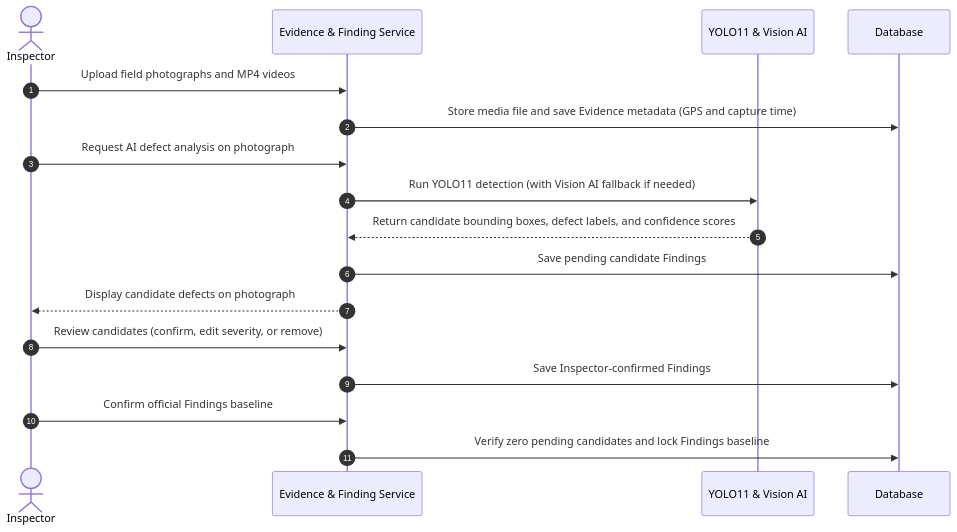
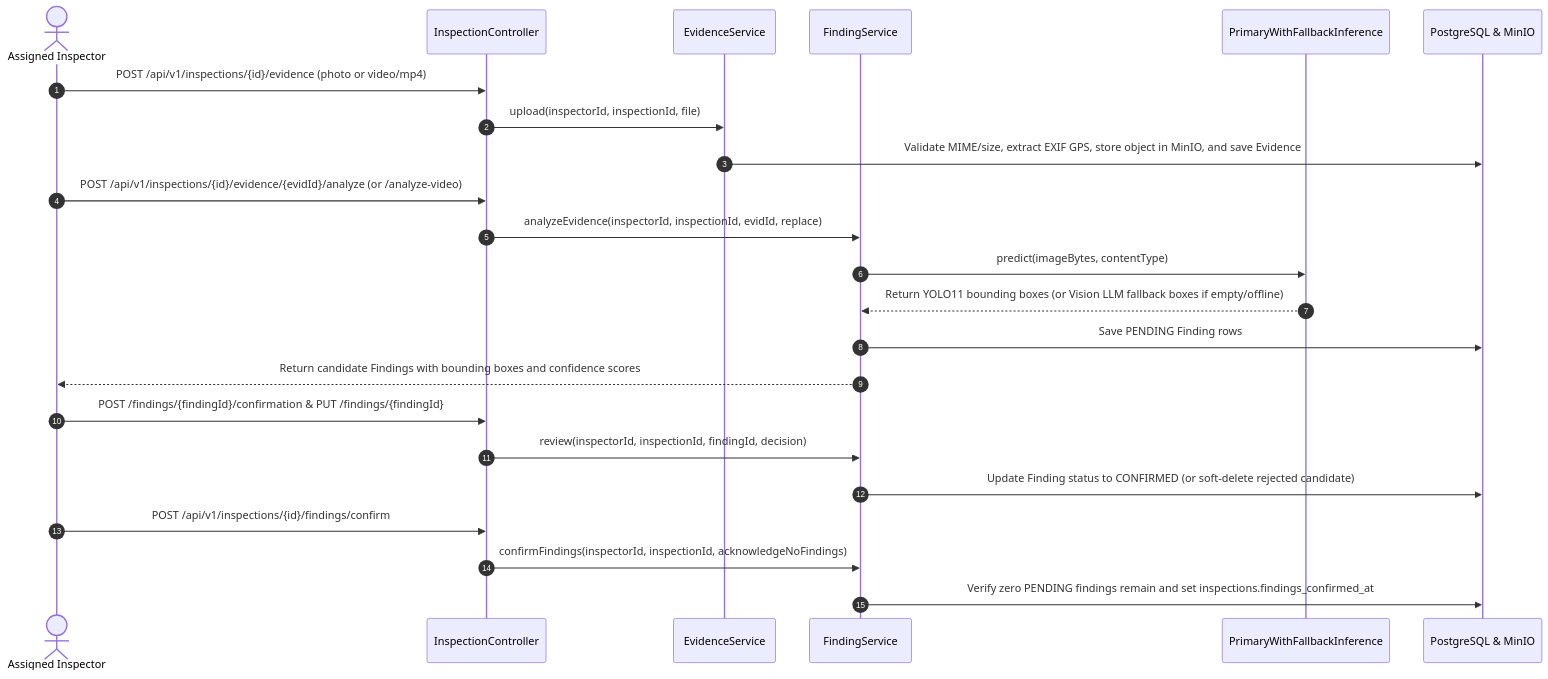
One commit to tungbach12/SmartDroneInspection-Docs changed diagram 18 of 26 in reports/report-4-software-design-document/03-detailed-design.md. Above: the diagram before and after it, drawn with Mermaid. The commit also changed other lines of this file and 132 other files, not shown here.

````diff
--- a/reports/report-4-software-design-document/03-detailed-design.md
+++ b/reports/report-4-software-design-document/03-detailed-design.md
@@ -660,24 +902,30 @@
 ```mermaid
-%% title: FE-06 Defect Detection and Finding Confirmation Sequence Diagram
+%% title: FE-06 Photo/Video Evidence Intake, YOLO11 Detection and Findings Confirmation Sequence Diagram
 sequenceDiagram
   autonumber
-  actor Insp as Inspector
-  participant Svc as Evidence & Finding Service
-  participant AI as YOLO11 & Vision AI
-  participant DB as Database
+  actor Insp as Assigned Inspector
+  participant Ctrl as InspectionController
+  participant EvidSvc as EvidenceService
+  participant FindSvc as FindingService
+  participant AI as PrimaryWithFallbackInference
+  participant DB as PostgreSQL & MinIO
 
-  Insp->>Svc: Upload field photographs and MP4 videos
-  Svc->>DB: Store media file and save Evidence metadata (GPS and capture time)
+  Insp->>Ctrl: POST /api/v1/inspections/{id}/evidence (photo or video/mp4)
+  Ctrl->>EvidSvc: upload(inspectorId, inspectionId, file)
+  EvidSvc->>DB: Validate MIME/size, extract EXIF GPS, store object in MinIO, and save Evidence
 
-  Insp->>Svc: Request AI defect analysis on photograph
-  Svc->>AI: Run YOLO11 detection (with Vision AI fallback if needed)
-  AI-->>Svc: Return candidate bounding boxes, defect labels, and confidence scores
-  Svc->>DB: Save pending candidate Findings
-  Svc-->>Insp: Display candidate defects on photograph
+  Insp->>Ctrl: POST /api/v1/inspections/{id}/evidence/{evidId}/analyze (or /analyze-video)
+  Ctrl->>FindSvc: analyzeEvidence(inspectorId, inspectionId, evidId, replace)
+  FindSvc->>AI: predict(imageBytes, contentType)
+  AI-->>FindSvc: Return YOLO11 bounding boxes (or Vision LLM fallback boxes if empty/offline)
+  FindSvc->>DB: Save PENDING Finding rows
+  FindSvc-->>Insp: Return candidate Findings with bounding boxes and confidence scores
 
-  Insp->>Svc: Review candidates (confirm, edit severity, or remove)
-  Svc->>DB: Save Inspector-confirmed Findings
+  Insp->>Ctrl: POST /findings/{findingId}/confirmation & PUT /findings/{findingId}
+  Ctrl->>FindSvc: review(inspectorId, inspectionId, findingId, decision)
+  FindSvc->>DB: Update Finding status to CONFIRMED (or soft-delete rejected candidate)
 
-  Insp->>Svc: Confirm official Findings baseline
-  Svc->>DB: Verify zero pending candidates and lock Findings baseline
+  Insp->>Ctrl: POST /api/v1/inspections/{id}/findings/confirm
+  Ctrl->>FindSvc: confirmFindings(inspectorId, inspectionId, acknowledgeNoFindings)
+  FindSvc->>DB: Verify zero PENDING findings remain and set inspections.findings_confirmed_at
 ```
````
